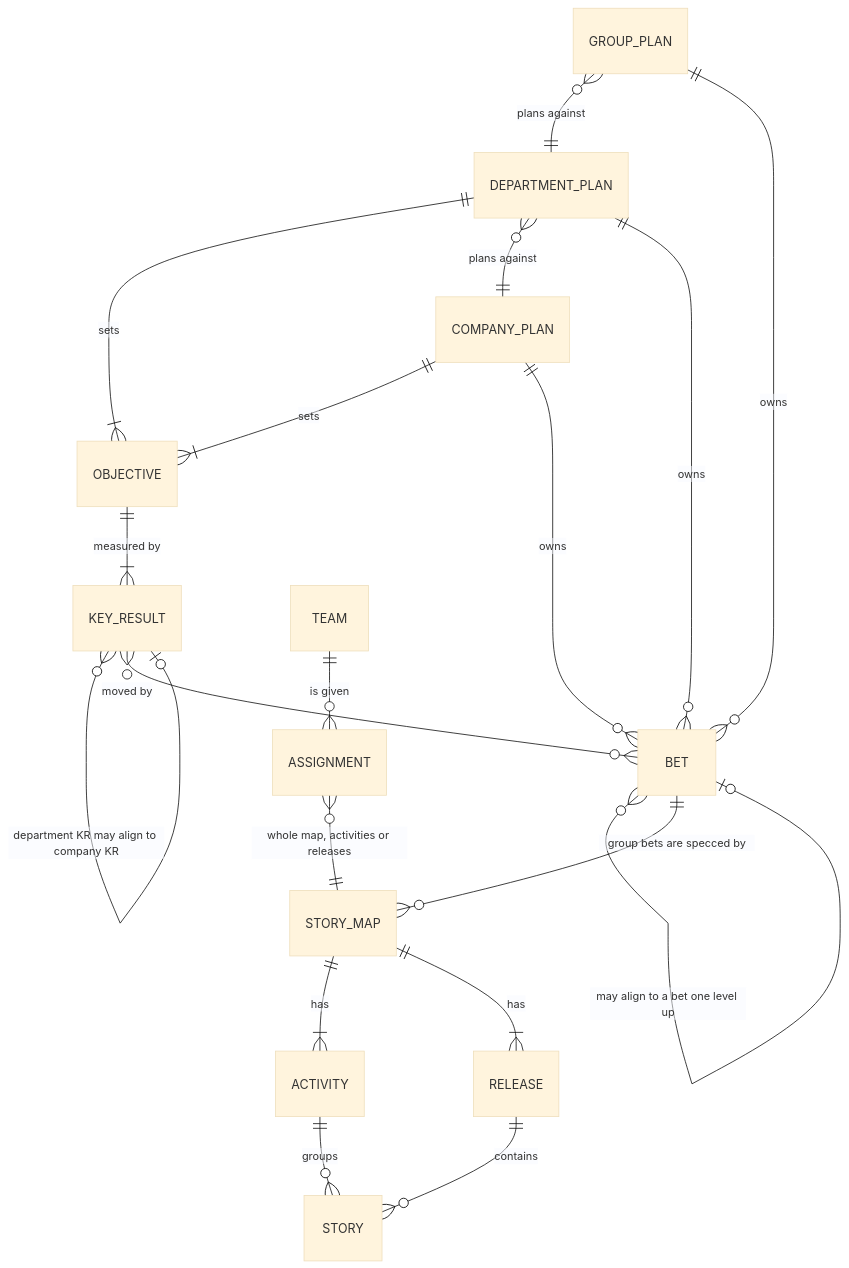
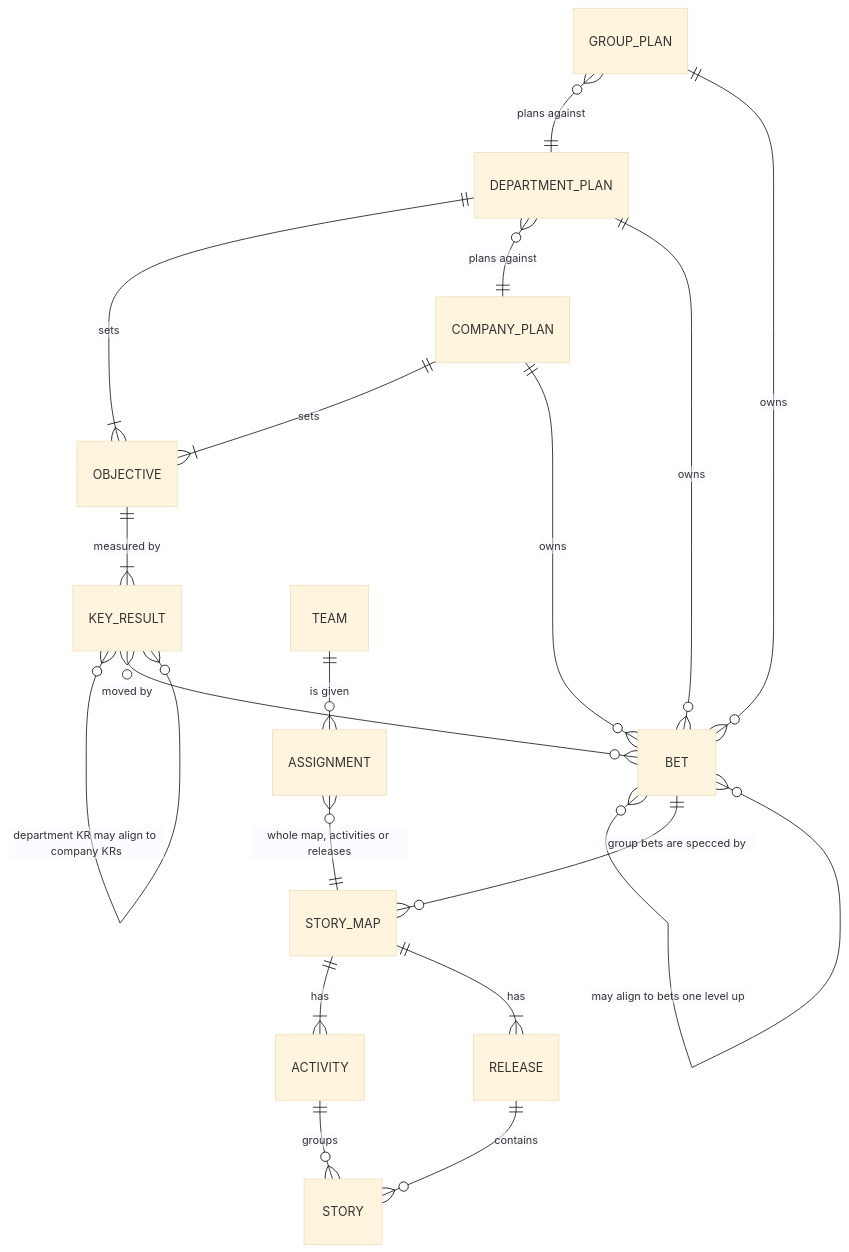
Before and after one commit to nikovijay/NikOS: the diagram in docs/rfcs/plans-bets-story-maps.md, drawn with Mermaid (base theme). The commit also changed other lines of this file, not shown here.

````diff
--- a/docs/rfcs/plans-bets-story-maps.md
+++ b/docs/rfcs/plans-bets-story-maps.md
@@ -27,21 +27,21 @@
 ```mermaid
 erDiagram
   COMPANY_PLAN ||--|{ OBJECTIVE : sets
   DEPARTMENT_PLAN ||--|{ OBJECTIVE : sets
   DEPARTMENT_PLAN }o--|| COMPANY_PLAN : "plans against"
   GROUP_PLAN }o--|| DEPARTMENT_PLAN : "plans against"
   OBJECTIVE ||--|{ KEY_RESULT : "measured by"
-  KEY_RESULT }o--o| KEY_RESULT : "department KR may align to company KR"
+  KEY_RESULT }o--o{ KEY_RESULT : "department KR may align to company KRs"
   COMPANY_PLAN ||--o{ BET : owns
   DEPARTMENT_PLAN ||--o{ BET : owns
   GROUP_PLAN ||--o{ BET : owns
   KEY_RESULT }o--o{ BET : "moved by"
-  BET }o--o| BET : "may align to a bet one level up"
+  BET }o--o{ BET : "may align to bets one level up"
   BET ||--o{ STORY_MAP : "group bets are specced by"
   STORY_MAP ||--|{ ACTIVITY : has
   STORY_MAP ||--|{ RELEASE : has
   RELEASE ||--o{ STORY : contains
   ACTIVITY ||--o{ STORY : groups
   TEAM ||--o{ ASSIGNMENT : "is given"
   ASSIGNMENT }o--|| STORY_MAP : "whole map, activities or releases"
 ```
````
